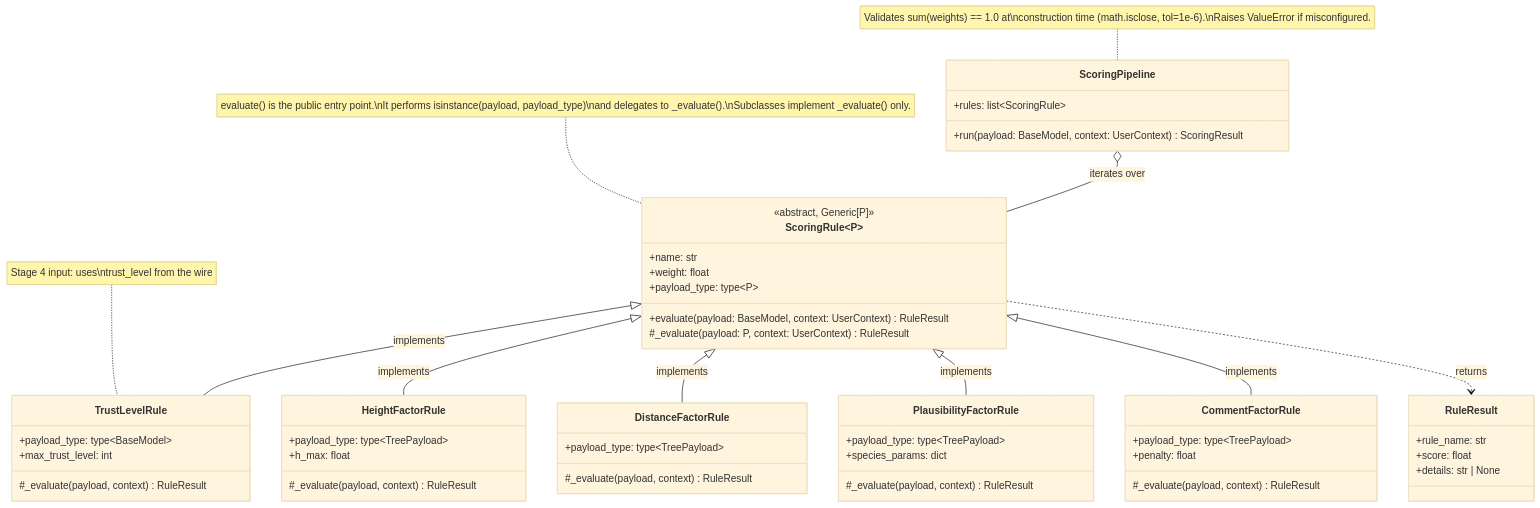
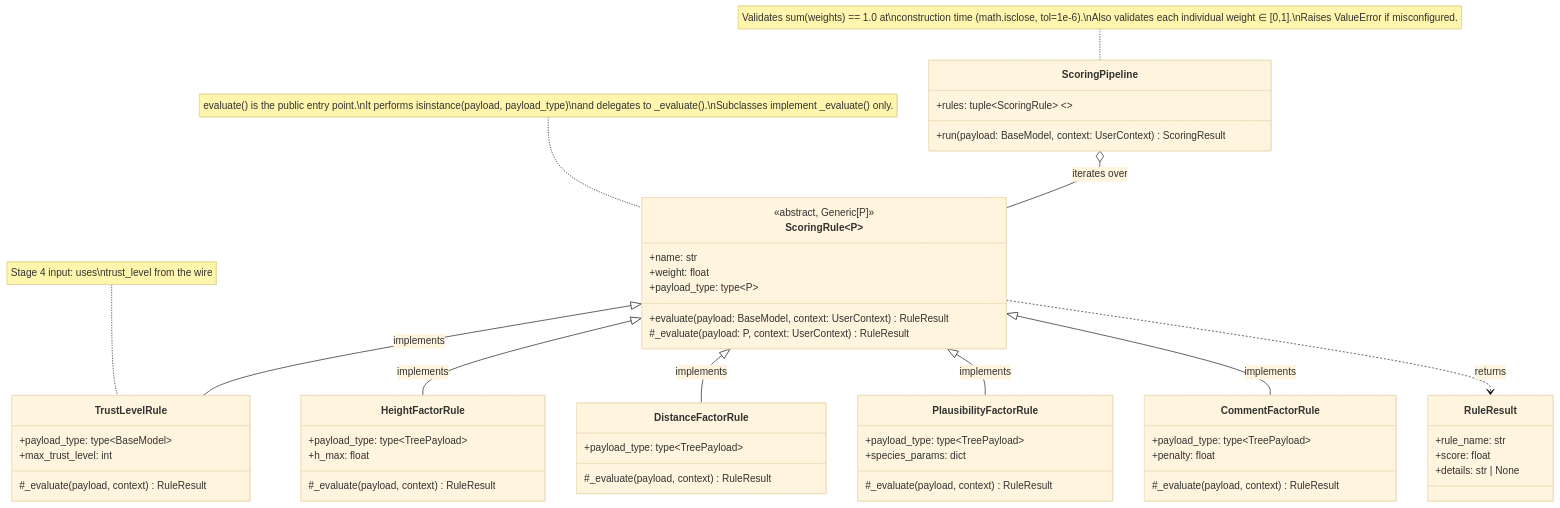
One commit to leyyce/winnow changed the first of 8 diagrams in docs/architecture/02_architecture_patterns.md. Above: the diagram before and after it, drawn with Mermaid (base theme). The commit also changed other lines of this file and 9 other files, not shown here.

First line of the commit message:
refactor: address remaining architectural concerns and tighten validations

````diff
--- a/docs/architecture/02_architecture_patterns.md
+++ b/docs/architecture/02_architecture_patterns.md
@@ -31,67 +31,66 @@
 ```mermaid
 classDiagram
     class ScoringRule~P~ {
         <<abstract, Generic[P]>>
         +name: str
         +weight: float
         +payload_type: type~P~
         +evaluate(payload: BaseModel, context: UserContext) RuleResult
         #_evaluate(payload: P, context: UserContext) RuleResult
     }
 
     note for ScoringRule "evaluate() is the public entry point.\nIt performs isinstance(payload, payload_type)\nand delegates to _evaluate().\nSubclasses implement _evaluate() only."
 
     class RuleResult {
         +rule_name: str
         +score: float
         +details: str | None
     }
 
     class TrustLevelRule {
         +payload_type: type~BaseModel~
         +max_trust_level: int
         #_evaluate(payload, context) RuleResult
     }
 
     note for TrustLevelRule "Stage 4 input: uses\ntrust_level from the wire"
 
     class HeightFactorRule {
         +payload_type: type~TreePayload~
         +h_max: float
         #_evaluate(payload, context) RuleResult
     }
 
     class DistanceFactorRule {
         +payload_type: type~TreePayload~
         #_evaluate(payload, context) RuleResult
     }
 
     class PlausibilityFactorRule {
         +payload_type: type~TreePayload~
         +species_params: dict
         #_evaluate(payload, context) RuleResult
     }
 
     class CommentFactorRule {
         +payload_type: type~TreePayload~
         +penalty: float
         #_evaluate(payload, context) RuleResult
     }
 
     ScoringRule <|-- TrustLevelRule : implements
     ScoringRule <|-- HeightFactorRule : implements
     ScoringRule <|-- DistanceFactorRule : implements
     ScoringRule <|-- PlausibilityFactorRule : implements
     ScoringRule <|-- CommentFactorRule : implements
 
     ScoringRule ..> RuleResult : returns
 
     class ScoringPipeline {
-        +rules: list~ScoringRule~
+        +rules: tuple~ScoringRule~ <<property, read-only>>
         +run(payload: BaseModel, context: UserContext) ScoringResult
     }
-
-    note for ScoringPipeline "Validates sum(weights) == 1.0 at\nconstruction time (math.isclose, tol=1e-6).\nRaises ValueError if misconfigured."
+    note for ScoringPipeline "Validates sum(weights) == 1.0 at\nconstruction time (math.isclose, tol=1e-6).\nAlso validates each individual weight ∈ [0,1].\nRaises ValueError if misconfigured."
 
     ScoringPipeline o-- ScoringRule : iterates over
 ```
````
